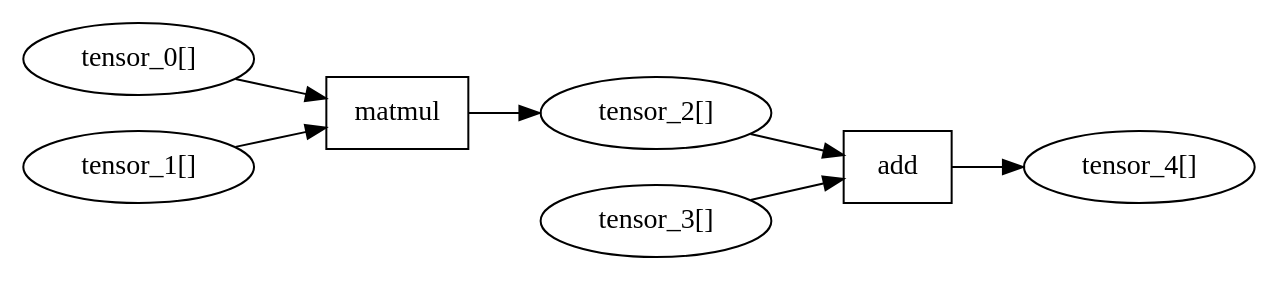
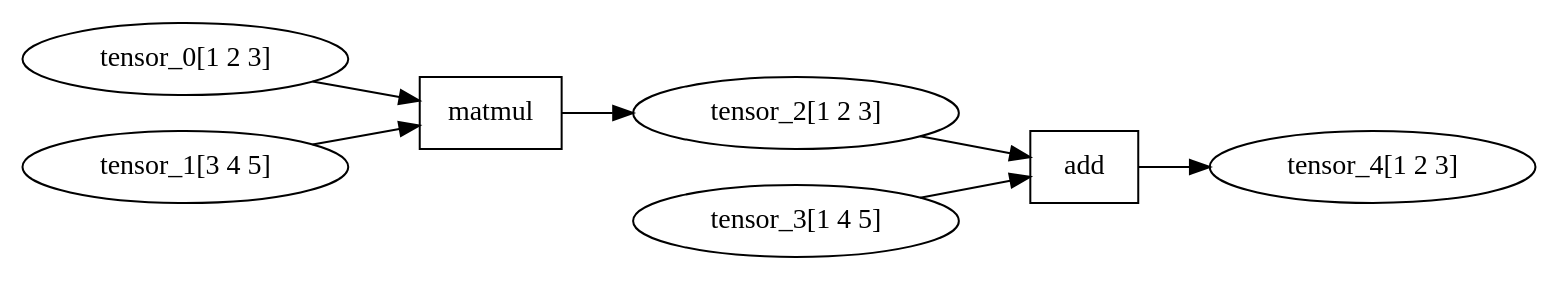
One commit to zhaziqwe/deepx changed the diagram in front/go/example/1_app.dot. Above: the diagram before and after it, drawn with Graphviz. The commit also changed 10 other files, not shown here.

Commit message:
DAG:改为单向图

```diff
--- a/front/go/example/1_app.dot
+++ b/front/go/example/1_app.dot
@@ -1,17 +1,17 @@
 digraph computational_graph {
   rankdir=LR;
   node [shape=record];
-  "0xc0000c6120" [label="tensor_0[]", shape=ellipse];
-  "0xc0000c6180" [label="tensor_1[]", shape=ellipse];
-  "0xc0000c61e0" [label="tensor_2[]", shape=ellipse];
-  "0xc0000c6240" [label="matmul", shape=rectangle];
-  "0xc0000c62a0" [label="tensor_3[]", shape=ellipse];
-  "0xc0000c6300" [label="tensor_4[]", shape=ellipse];
-  "0xc0000c6360" [label="add", shape=rectangle];
-  "0xc0000c6120" -> "0xc0000c6240";
-  "0xc0000c6180" -> "0xc0000c6240";
-  "0xc0000c61e0" -> "0xc0000c6360";
-  "0xc0000c6240" -> "0xc0000c61e0";
-  "0xc0000c62a0" -> "0xc0000c6360";
-  "0xc0000c6360" -> "0xc0000c6300";
+  "0xc000102120" [label="tensor_0[1 2 3]", shape=ellipse];
+  "0xc000102180" [label="tensor_1[3 4 5]", shape=ellipse];
+  "0xc0001021e0" [label="tensor_2[1 2 3]", shape=ellipse];
+  "0xc000102240" [label="matmul", shape=rectangle];
+  "0xc0001022a0" [label="tensor_3[1 4 5]", shape=ellipse];
+  "0xc000102300" [label="tensor_4[1 2 3]", shape=ellipse];
+  "0xc000102360" [label="add", shape=rectangle];
+  "0xc000102240" -> "0xc0001021e0";
+  "0xc000102120" -> "0xc000102240";
+  "0xc000102180" -> "0xc000102240";
+  "0xc000102360" -> "0xc000102300";
+  "0xc0001022a0" -> "0xc000102360";
+  "0xc0001021e0" -> "0xc000102360";
 }
```
